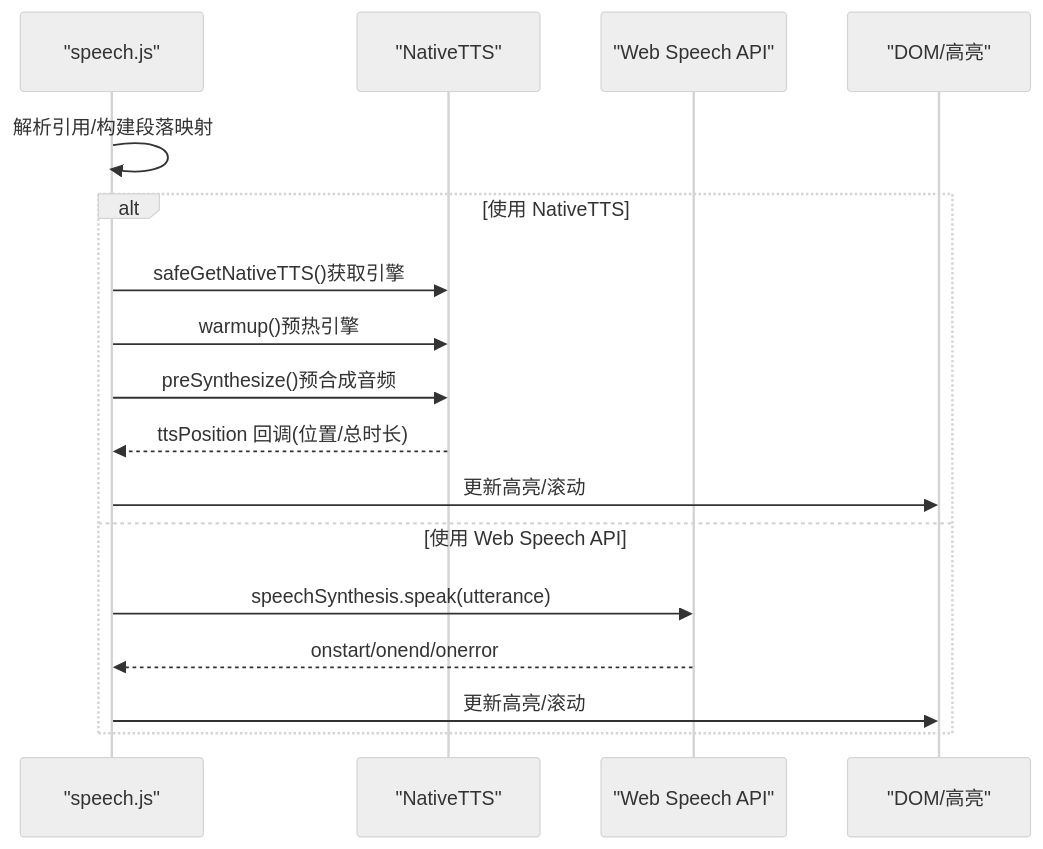
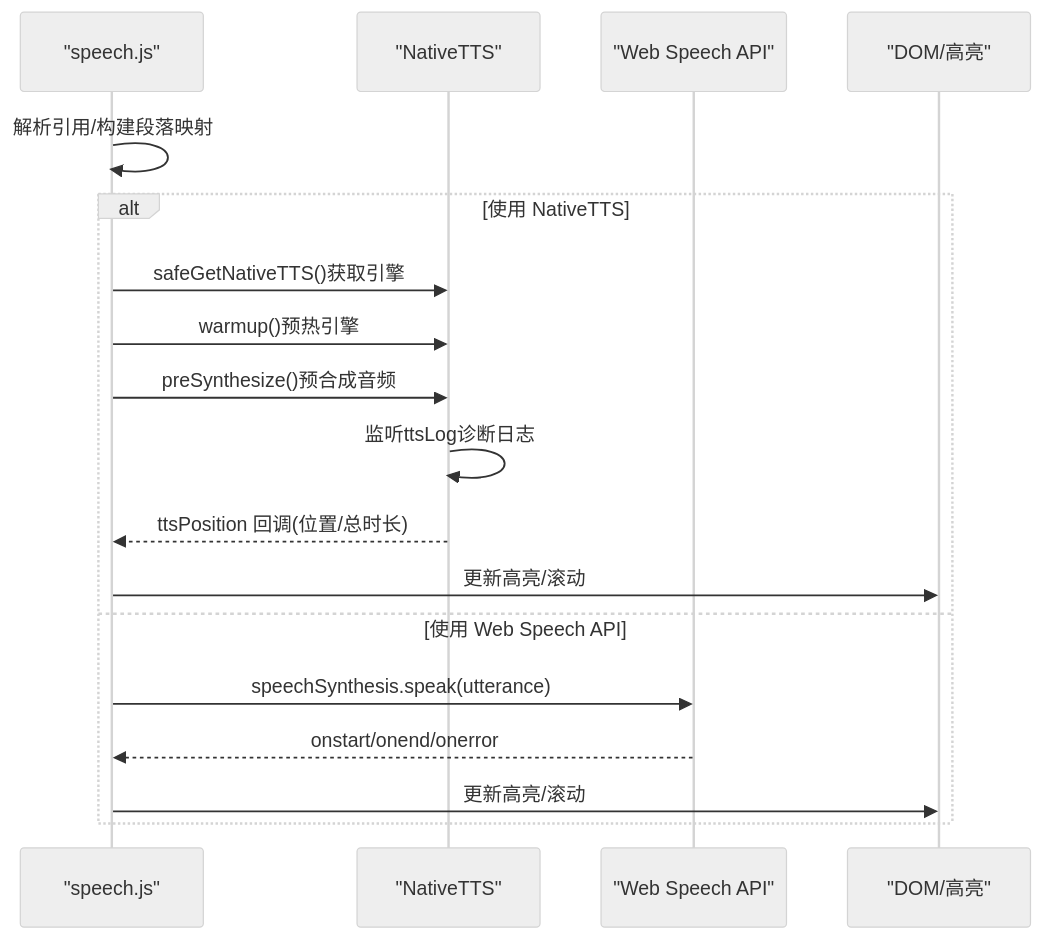
One commit to zhao-zg/cx changed the sixth of 13 diagrams in .qoder/repowiki/zh/content/高级功能/前端功能.md. Above: the diagram before and after it, drawn with Mermaid (neutral theme). The commit also changed other lines of this file and 24 other files, not shown here.

````diff
--- a/.qoder/repowiki/zh/content/高级功能/前端功能.md
+++ b/.qoder/repowiki/zh/content/高级功能/前端功能.md
@@ -318,19 +322,20 @@
 ```mermaid
 sequenceDiagram
 participant S as "speech.js"
 participant N as "NativeTTS"
 participant W as "Web Speech API"
 participant DOM as "DOM/高亮"
 S->>S : 解析引用/构建段落映射
 alt 使用 NativeTTS
 S->>N : safeGetNativeTTS()获取引擎
 S->>N : warmup()预热引擎
 S->>N : preSynthesize()预合成音频
+N->>N : 监听ttsLog诊断日志
 N-->>S : ttsPosition 回调(位置/总时长)
 S->>DOM : 更新高亮/滚动
 else 使用 Web Speech API
 S->>W : speechSynthesis.speak(utterance)
 W-->>S : onstart/onend/onerror
 S->>DOM : 更新高亮/滚动
 end
 ```
````
